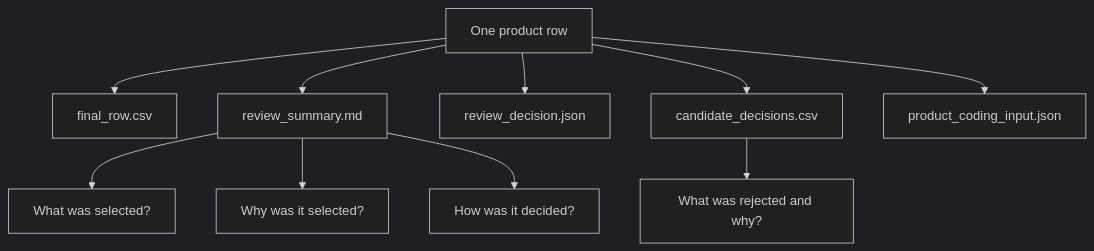
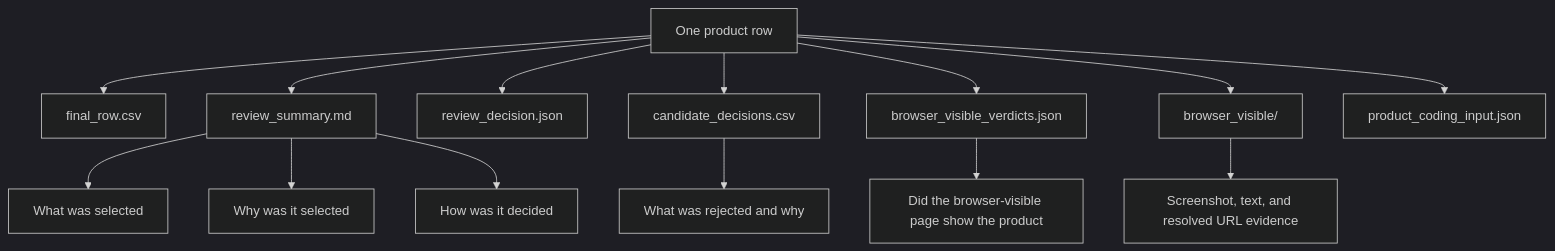
Before and after one commit to Akilankm/web_search_tool: the second of 5 diagrams in docs/ARTIFACT_GUIDE.md, drawn with Mermaid (dark theme). The commit also changed other lines of this file, not shown here.

Commit message:
Update artifact guide for visible verdicts

````diff
--- a/docs/ARTIFACT_GUIDE.md
+++ b/docs/ARTIFACT_GUIDE.md
@@ -38,13 +40,17 @@
 ```mermaid
 flowchart TD
     A[One product row] --> B[final_row.csv]
     A --> C[review_summary.md]
     A --> D[review_decision.json]
     A --> E[candidate_decisions.csv]
-    A --> F[product_coding_input.json]
+    A --> F[browser_visible_verdicts.json]
+    A --> G[browser_visible/]
+    A --> H[product_coding_input.json]
 
-    C --> G[What was selected?]
-    C --> H[Why was it selected?]
-    C --> I[How was it decided?]
-    E --> J[What was rejected and why?]
+    C --> I[What was selected]
+    C --> J[Why was it selected]
+    C --> K[How was it decided]
+    E --> L[What was rejected and why]
+    F --> M[Did the browser-visible page show the product]
+    G --> N[Screenshot, text, and resolved URL evidence]
 ```
````
